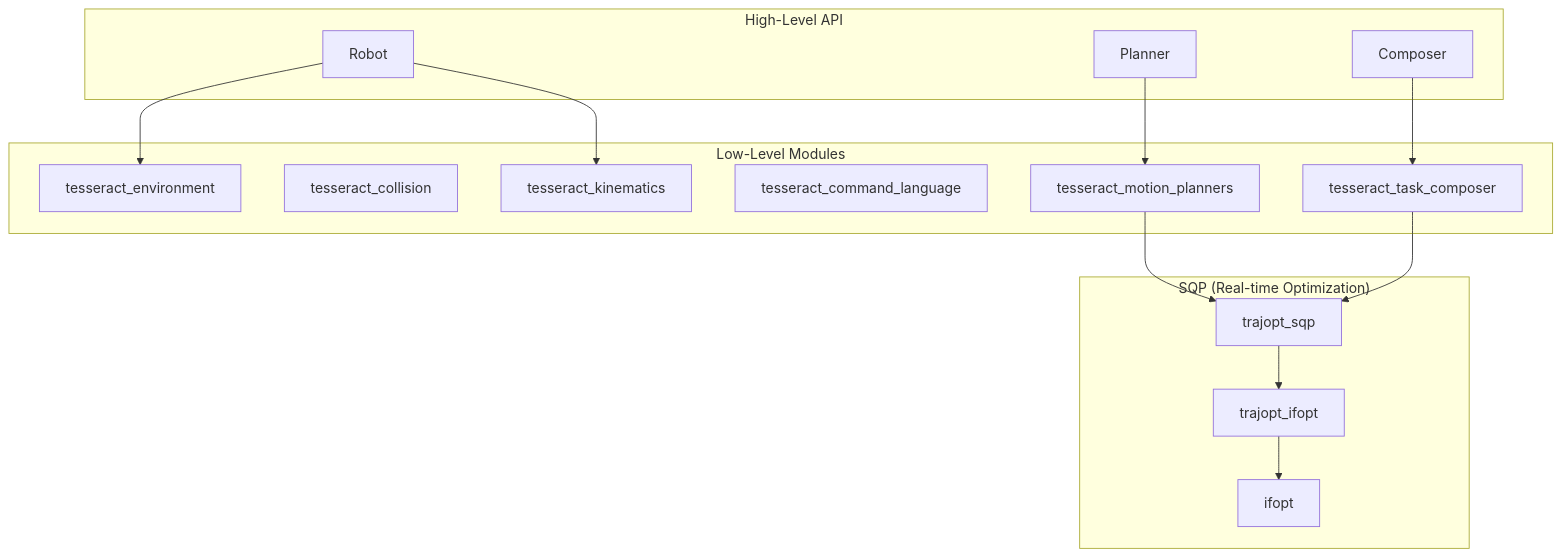
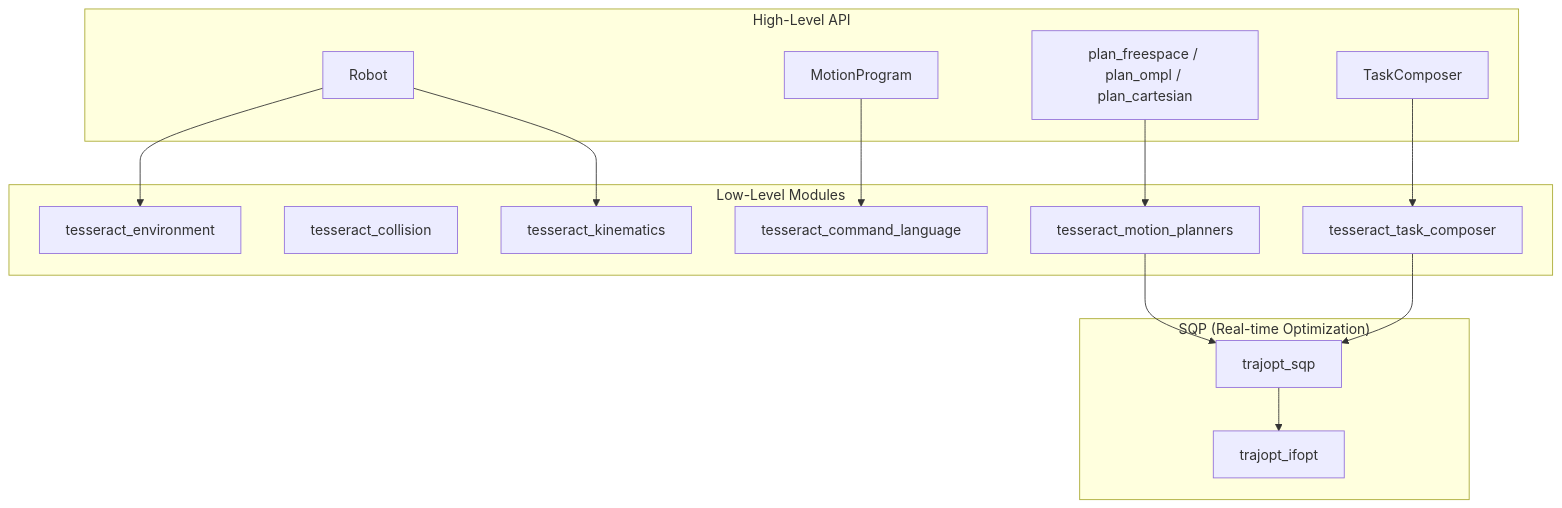
The diagram in docs/index.md (tesseract-robotics/tesseract_nanobind), drawn with Mermaid before and after one commit. The commit also changed other lines of this file and 1 other file, not shown here.

Commit message:
docs: fix fictional Planner/Composer API in index+quickstart

````diff
--- a/docs/index.md
+++ b/docs/index.md
@@ -17,32 +17,32 @@
 ```mermaid
 graph TB
     subgraph high["High-Level API"]
         Robot["Robot"]
-        Planner["Planner"]
-        Composer["Composer"]
+        MP["MotionProgram"]
+        PF["plan_freespace / plan_ompl / plan_cartesian"]
+        TC["TaskComposer"]
     end
 
     subgraph low["Low-Level Modules"]
         env["tesseract_environment"]
         col["tesseract_collision"]
         kin["tesseract_kinematics"]
         cmd["tesseract_command_language"]
         mp["tesseract_motion_planners"]
         tc["tesseract_task_composer"]
     end
 
     subgraph sqp["SQP (Real-time Optimization)"]
         tsqp["trajopt_sqp"]
         tifopt["trajopt_ifopt"]
-        ifopt["ifopt"]
     end
 
     Robot --> env
     Robot --> kin
-    Planner --> mp
-    Composer --> tc
+    MP --> cmd
+    PF --> mp
+    TC --> tc
     mp --> tsqp
     tc --> tsqp
     tsqp --> tifopt
-    tifopt --> ifopt
 ```
````
